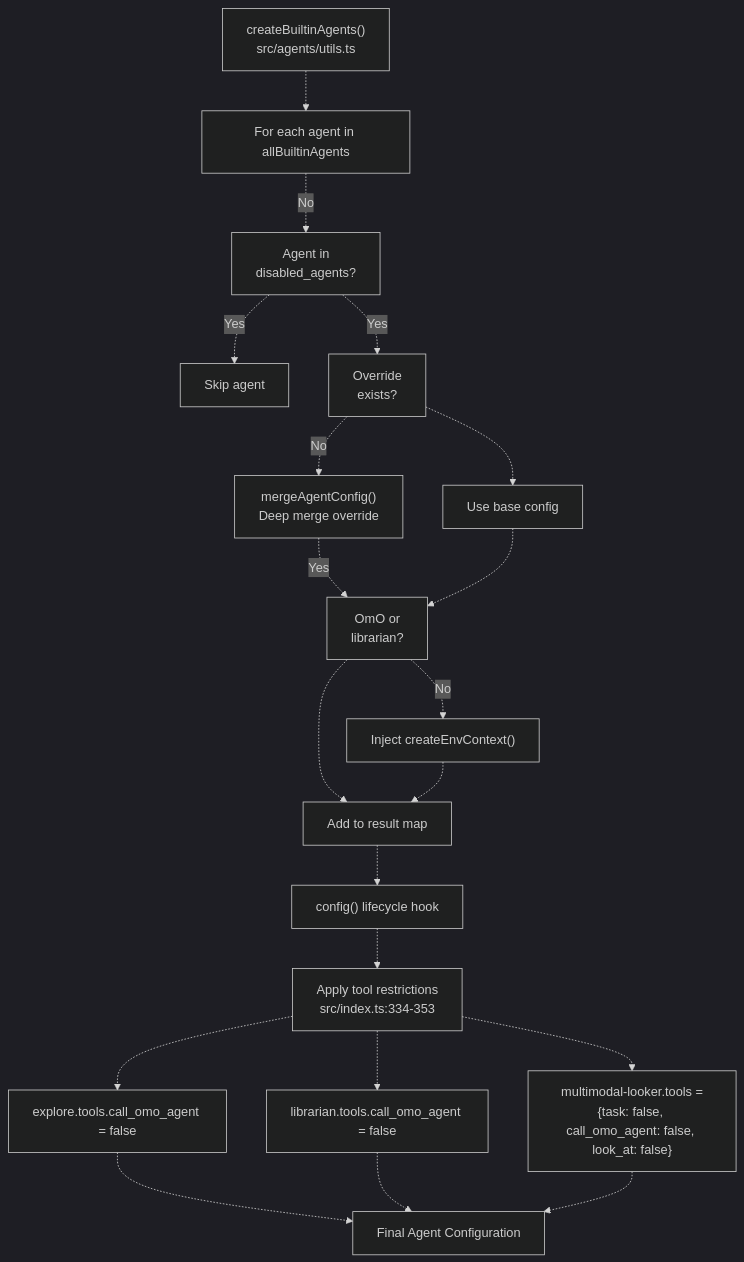
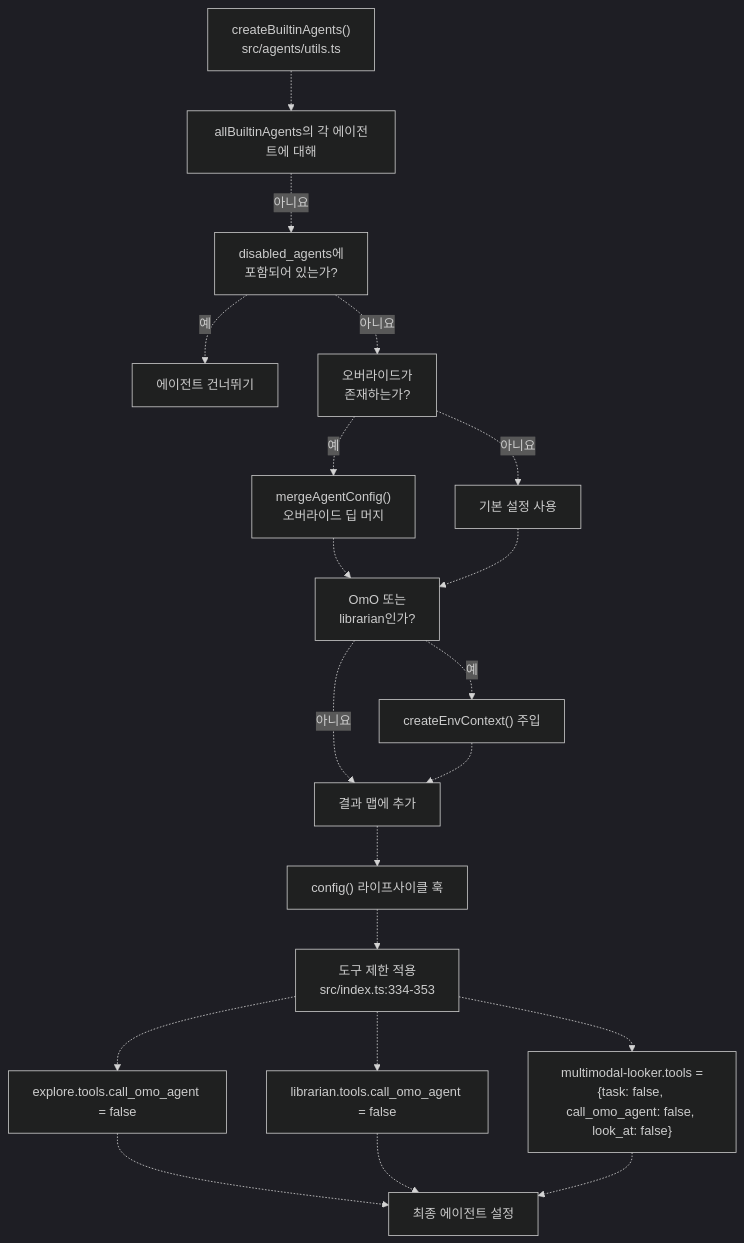
The second of 4 diagrams in docs/agents/agent-configuration.md (felipetruman/oh-my-opencode-docs), drawn with Mermaid (dark theme) before and after one commit. The commit also changed other lines of this file and 76 other files, not shown here.

````diff
--- a/docs/agents/agent-configuration.md
+++ b/docs/agents/agent-configuration.md
@@ -203,40 +203,40 @@
 ```mermaid
 flowchart TD
 
 CreateBuiltinAgents["createBuiltinAgents()<br>src/agents/utils.ts"]
-AgentLoop["For each agent in allBuiltinAgents"]
-CheckDisabled["Agent in<br>disabled_agents?"]
-Skip["Skip agent"]
-CheckOverride["Override<br>exists?"]
-MergeOverride["mergeAgentConfig()<br>Deep merge override"]
-UseBase["Use base config"]
-CheckEnv["OmO or<br>librarian?"]
-InjectEnv["Inject createEnvContext()"]
-AddToResult["Add to result map"]
-ConfigHook["config() lifecycle hook"]
-ToolRestrictions["Apply tool restrictions<br>src/index.ts:334-353"]
+AgentLoop["allBuiltinAgents의 각 에이전트에 대해"]
+CheckDisabled["disabled_agents에<br>포함되어 있는가?"]
+Skip["에이전트 건너뛰기"]
+CheckOverride["오버라이드가<br>존재하는가?"]
+MergeOverride["mergeAgentConfig()<br>오버라이드 딥 머지"]
+UseBase["기본 설정 사용"]
+CheckEnv["OmO 또는<br>librarian인가?"]
+InjectEnv["createEnvContext() 주입"]
+AddToResult["결과 맵에 추가"]
+ConfigHook["config() 라이프사이클 훅"]
+ToolRestrictions["도구 제한 적용<br>src/index.ts:334-353"]
 ExploreRestrict["explore.tools.call_omo_agent = false"]
 LibrarianRestrict["librarian.tools.call_omo_agent = false"]
 MultimodalRestrict["multimodal-looker.tools =<br>{task: false, call_omo_agent: false, look_at: false}"]
-FinalConfig["Final Agent Configuration"]
+FinalConfig["최종 에이전트 설정"]
 
 CreateBuiltinAgents -.-> AgentLoop
-AgentLoop -.->|"No"| CheckDisabled
-CheckDisabled -.->|"Yes"| Skip
-CheckDisabled -.->|"Yes"| CheckOverride
-CheckOverride -.->|"No"| MergeOverride
-CheckOverride -.-> UseBase
-MergeOverride -.->|"Yes"| CheckEnv
+AgentLoop -.->|"아니요"| CheckDisabled
+CheckDisabled -.->|"예"| Skip
+CheckDisabled -.->|"아니요"| CheckOverride
+CheckOverride -.->|"예"| MergeOverride
+CheckOverride -.->|"아니요"| UseBase
+MergeOverride -.-> CheckEnv
 UseBase -.-> CheckEnv
-CheckEnv -.->|"No"| InjectEnv
-CheckEnv -.-> AddToResult
+CheckEnv -.->|"예"| InjectEnv
+CheckEnv -.->|"아니요"| AddToResult
 InjectEnv -.-> AddToResult
 AddToResult -.-> ConfigHook
 ConfigHook -.-> ToolRestrictions
 ToolRestrictions -.-> ExploreRestrict
 ToolRestrictions -.-> LibrarianRestrict
 ToolRestrictions -.-> MultimodalRestrict
 ExploreRestrict -.-> FinalConfig
 LibrarianRestrict -.-> FinalConfig
 MultimodalRestrict -.-> FinalConfig
 ```
````
